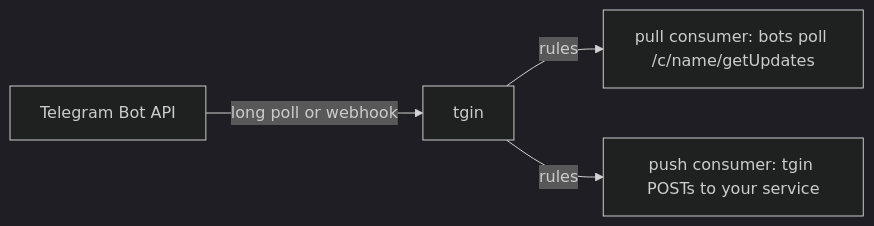
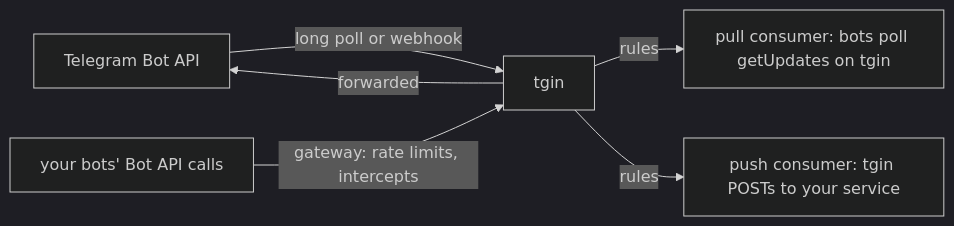
Before and after one commit to arynyklas/tgin: the diagram in README.md, drawn with Mermaid (dark theme). The commit also changed other lines of this file and 13 other files, not shown here.

Commit message:
docs: Bot API gateway; remove the pytgin integration

````diff
--- a/README.md
+++ b/README.md
@@ -45,6 +45,8 @@
 ```mermaid
 graph LR
     Telegram[Telegram Bot API] -->|long poll or webhook| TGIN[tgin]
-    TGIN -->|rules| Pull[pull consumer: bots poll /c/name/getUpdates]
+    TGIN -->|rules| Pull[pull consumer: bots poll getUpdates on tgin]
     TGIN -->|rules| Push[push consumer: tgin POSTs to your service]
+    Bots[your bots' Bot API calls] -->|gateway: rate limits, intercepts| TGIN
+    TGIN -->|forwarded| Telegram
 ```
````
